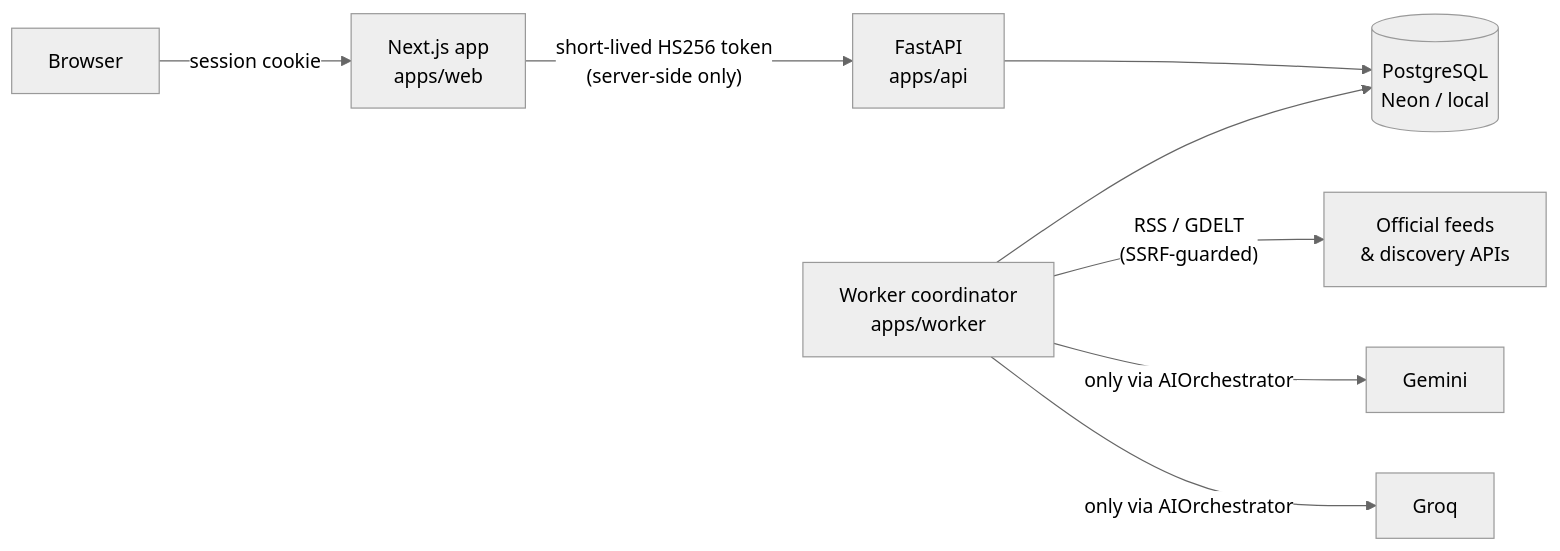
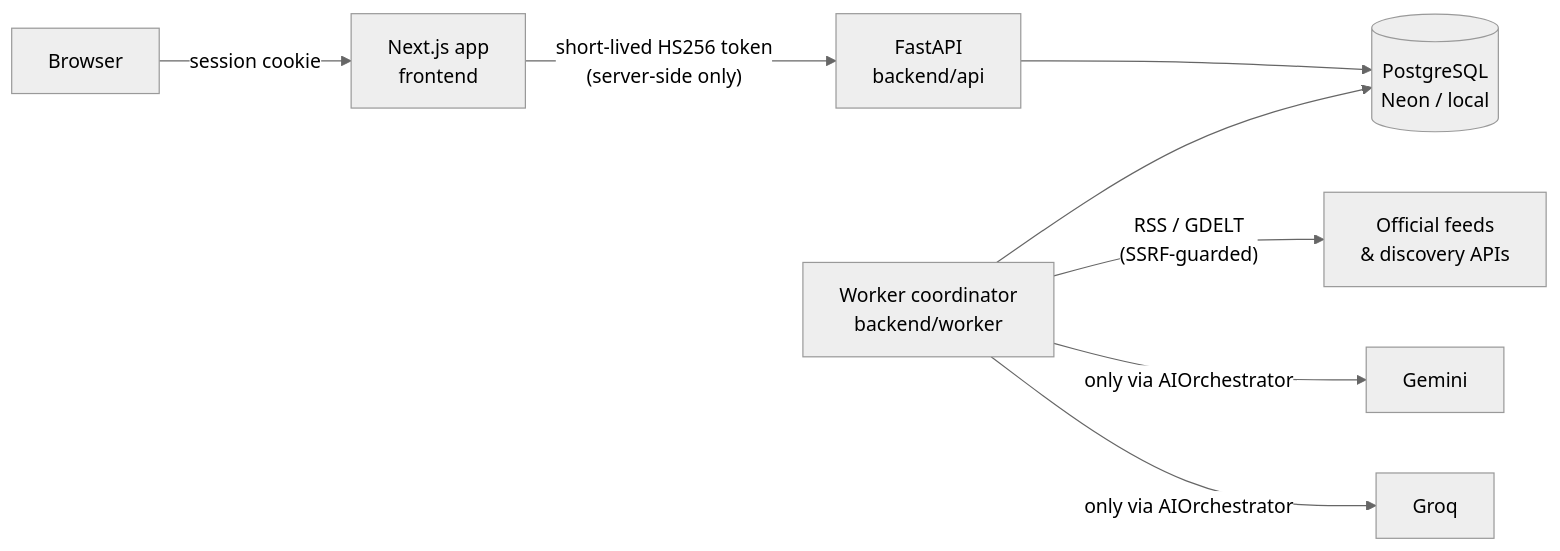
One commit to DON2604/news-yapper changed the diagram in docs/architecture.md. Above: the diagram before and after it, drawn with Mermaid (neutral theme). The commit also changed other lines of this file and 51 other files, not shown here.

````diff
--- a/docs/architecture.md
+++ b/docs/architecture.md
@@ -5,10 +5,10 @@
 ```mermaid
 flowchart LR
-  B[Browser] -->|session cookie| W[Next.js app<br/>apps/web]
-  W -->|"short-lived HS256 token<br/>(server-side only)"| A[FastAPI<br/>apps/api]
+  B[Browser] -->|session cookie| W[Next.js app<br/>frontend]
+  W -->|"short-lived HS256 token<br/>(server-side only)"| A[FastAPI<br/>backend/api]
   A --> P[(PostgreSQL<br/>Neon / local)]
-  K[Worker coordinator<br/>apps/worker] --> P
+  K[Worker coordinator<br/>backend/worker] --> P
   K -->|"RSS / GDELT<br/>(SSRF-guarded)"| S[Official feeds<br/>& discovery APIs]
   K -->|"only via AIOrchestrator"| G[Gemini]
   K -->|"only via AIOrchestrator"| Q[Groq]
 ```
````
